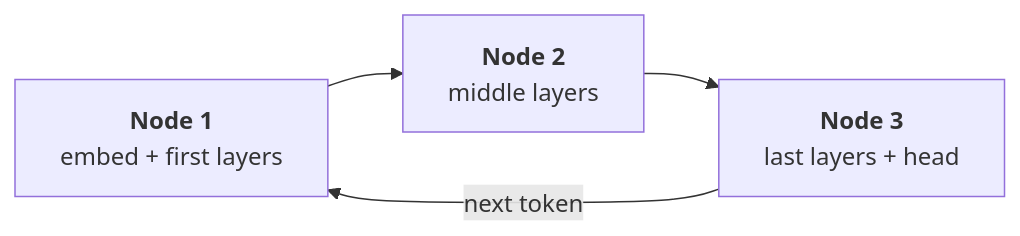
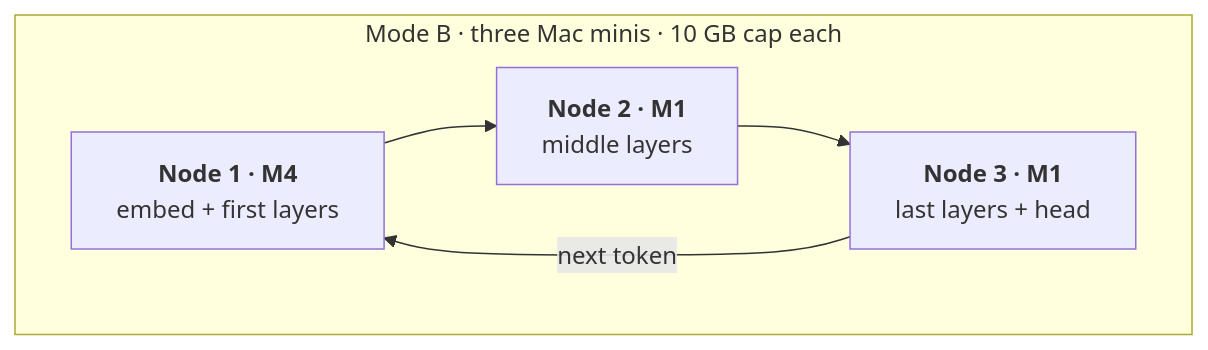
One commit to transybao1393/moeflux changed the second of 2 diagrams in README.md. Above: the diagram before and after it, drawn with Mermaid. The commit also changed other lines of this file, not shown here.

First line of the commit message:
docs(readme): label architecture diagrams as mode A and mode B

````diff
--- a/README.md
+++ b/README.md
@@ -59,5 +62,8 @@
 ```mermaid
 flowchart LR
-    N1["<b>Node 1</b><br/>embed + first layers"] --> N2["<b>Node 2</b><br/>middle layers"] --> N3["<b>Node 3</b><br/>last layers + head"]
-    N3 -- "next token" --> N1
+    subgraph B["Mode B · three Mac minis · 10 GB cap each"]
+        direction LR
+        N1["<b>Node 1 · M4</b><br/>embed + first layers"] --> N2["<b>Node 2 · M1</b><br/>middle layers"] --> N3["<b>Node 3 · M1</b><br/>last layers + head"]
+        N3 -- "next token" --> N1
+    end
 ```
````
